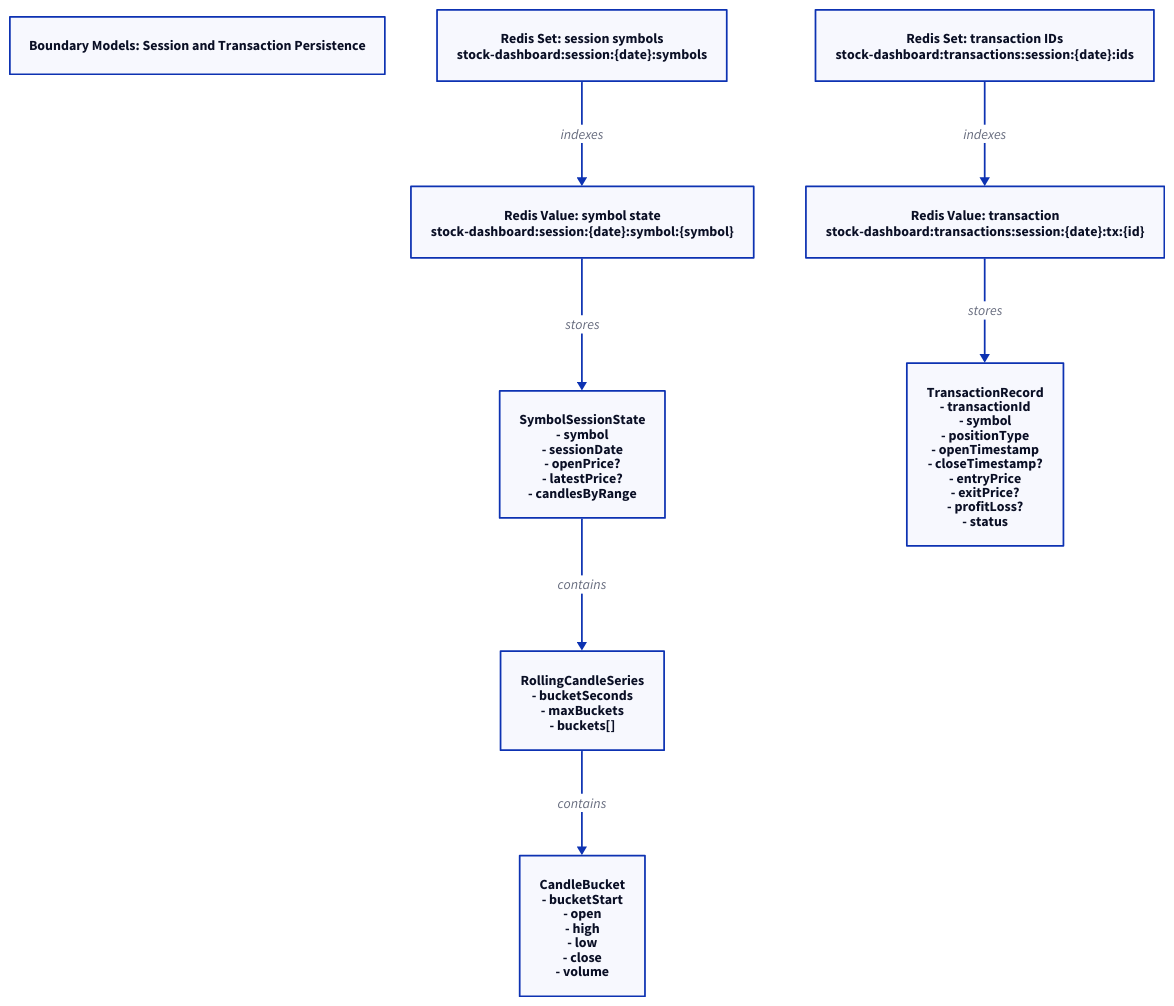
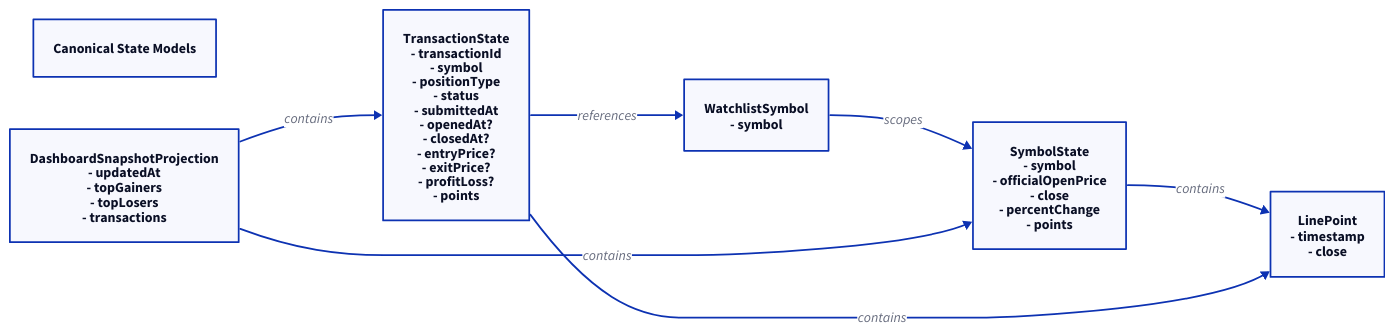
The diagram in docs/diagrams/models/state_models.d2 (TeroTS/stock-dashboard), drawn with D2 before and after one commit. The commit also changed 12 other files, not shown here.

```diff
--- a/docs/diagrams/models/state_models.d2
+++ b/docs/diagrams/models/state_models.d2
@@ -1,40 +1,30 @@
-title: Boundary Models: Session and Transaction Persistence
+title: Canonical State Models
 
-symbol_session_state: {
-  label: "SymbolSessionState\n- symbol\n- sessionDate\n- openPrice?\n- latestPrice?\n- candlesByRange"
+direction: right
+
+WatchlistSymbol: {
+  label: "WatchlistSymbol\n- symbol"
 }
 
-rolling_series: {
-  label: "RollingCandleSeries\n- bucketSeconds\n- maxBuckets\n- buckets[]"
+SymbolState: {
+  label: "SymbolState\n- symbol\n- officialOpenPrice\n- close\n- percentChange\n- points"
 }
 
-candle_bucket: {
-  label: "CandleBucket\n- bucketStart\n- open\n- high\n- low\n- close\n- volume"
+TransactionState: {
+  label: "TransactionState\n- transactionId\n- symbol\n- positionType\n- status\n- submittedAt\n- openedAt?\n- closedAt?\n- entryPrice?\n- exitPrice?\n- profitLoss?\n- points"
 }
 
-transaction_record: {
-  label: "TransactionRecord\n- transactionId\n- symbol\n- positionType\n- openTimestamp\n- closeTimestamp?\n- entryPrice\n- exitPrice?\n- profitLoss?\n- status"
+LinePoint: {
+  label: "LinePoint\n- timestamp\n- close"
 }
 
-session_symbols_set: {
-  label: "Redis Set: session symbols\nstock-dashboard:session:{date}:symbols"
+DashboardSnapshotProjection: {
+  label: "DashboardSnapshotProjection\n- updatedAt\n- topGainers\n- topLosers\n- transactions"
 }
 
-session_state_key: {
-  label: "Redis Value: symbol state\nstock-dashboard:session:{date}:symbol:{symbol}"
-}
-
-transaction_ids_set: {
-  label: "Redis Set: transaction IDs\nstock-dashboard:transactions:session:{date}:ids"
-}
-
-transaction_key: {
-  label: "Redis Value: transaction\nstock-dashboard:transactions:session:{date}:tx:{id}"
-}
-
-symbol_session_state -> rolling_series: contains
-rolling_series -> candle_bucket: contains
-session_symbols_set -> session_state_key: indexes
-session_state_key -> symbol_session_state: stores
-transaction_ids_set -> transaction_key: indexes
-transaction_key -> transaction_record: stores
+WatchlistSymbol -> SymbolState: scopes
+SymbolState -> LinePoint: contains
+TransactionState -> LinePoint: contains
+TransactionState -> WatchlistSymbol: references
+DashboardSnapshotProjection -> SymbolState: contains
+DashboardSnapshotProjection -> TransactionState: contains
```
